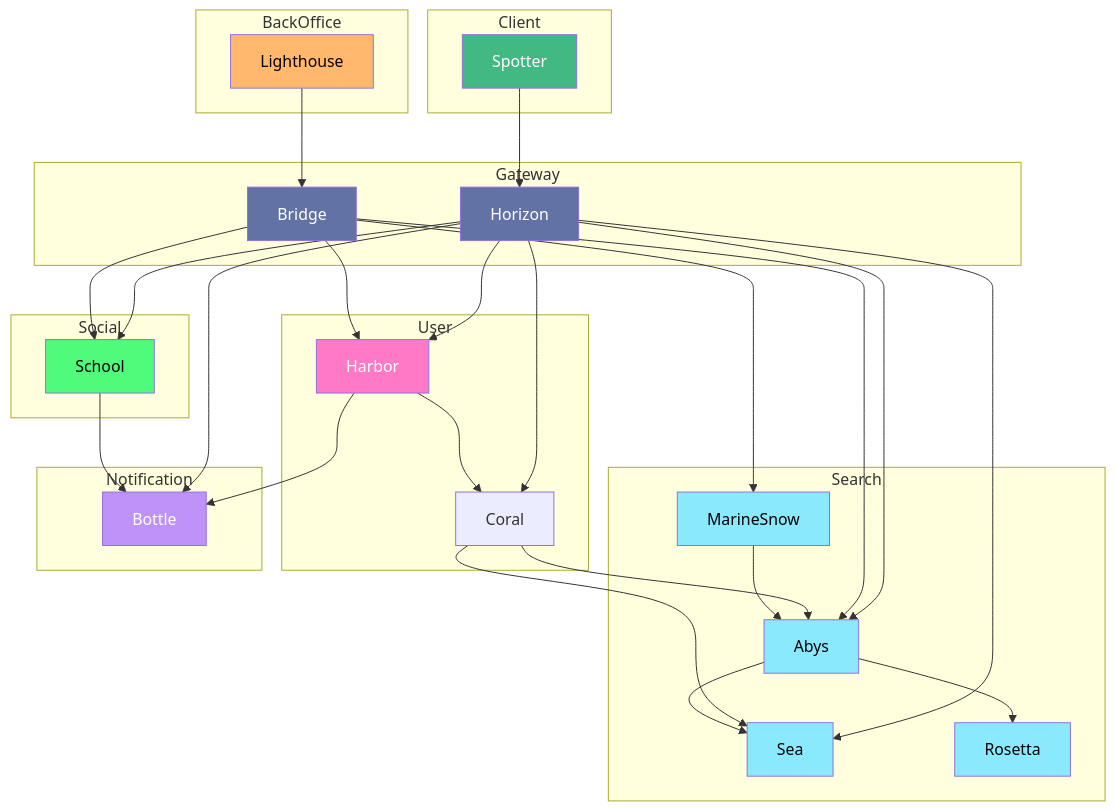
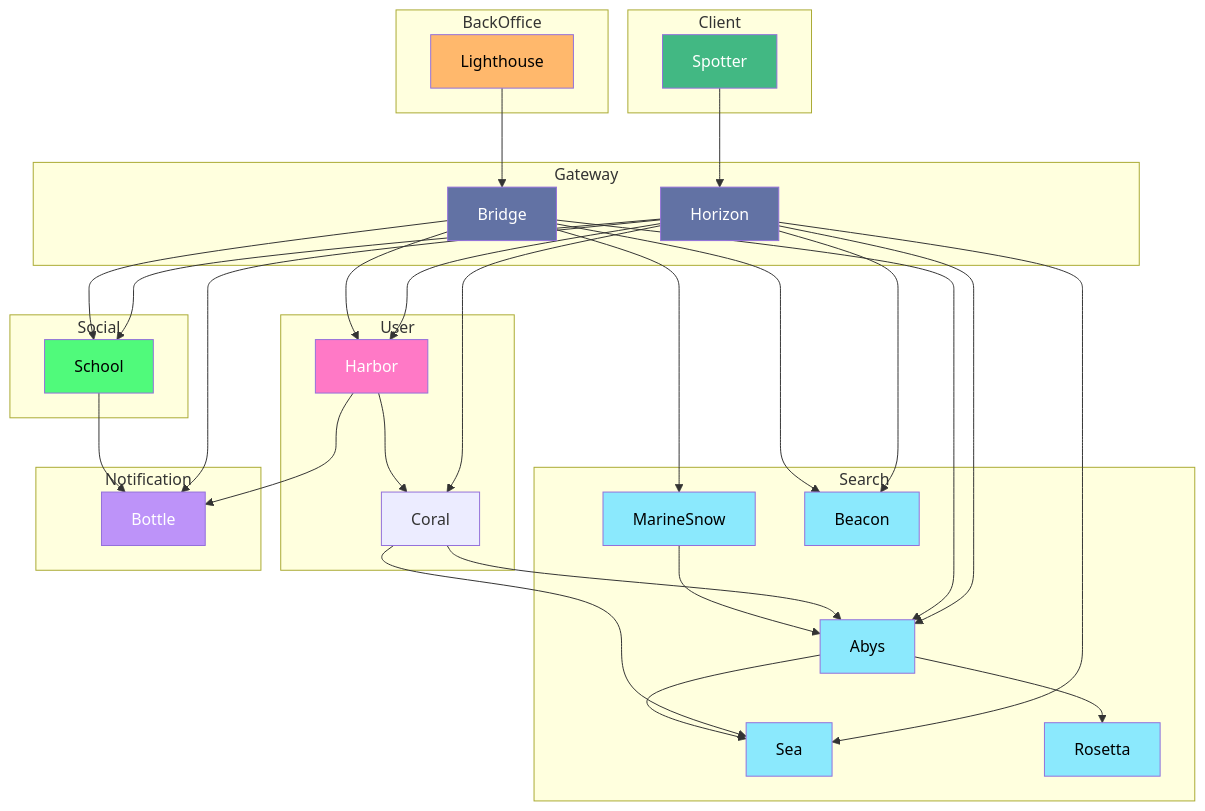
The diagram in README.md (mathcovax/seaence), drawn with Mermaid before and after one commit. The commit also changed other lines of this file and 1 other file, not shown here.

Commit message:
feat(93): add feat

```diff
--- a/README.md
+++ b/README.md
@@ -112,6 +117,7 @@
         Abys[Abys]
         Rosetta[Rosetta]
         MarineSnow[MarineSnow]
+		Beacon[Beacon]
     end
 
     subgraph Social
@@ -137,11 +143,13 @@
     Horizon --> School
     Horizon --> Bottle
 	Horizon --> Coral
+	Horizon --> Beacon
     
     Bridge --> Harbor
     Bridge --> MarineSnow
     Bridge --> Abys
     Bridge --> School
+	Bridge --> Beacon
 
     %% Connexions Search
 	Coral --> Sea
@@ -170,7 +178,7 @@
     class Spotter frontend
     class Horizon,Bridge gateway
     class Harbor auth
-    class Sea,Abys,MarineSnow,Rosetta search
+    class Sea,Abys,MarineSnow,Rosetta,Beacon search
     class School social
     class Lighthouse bo
     class Bottle notification
```
